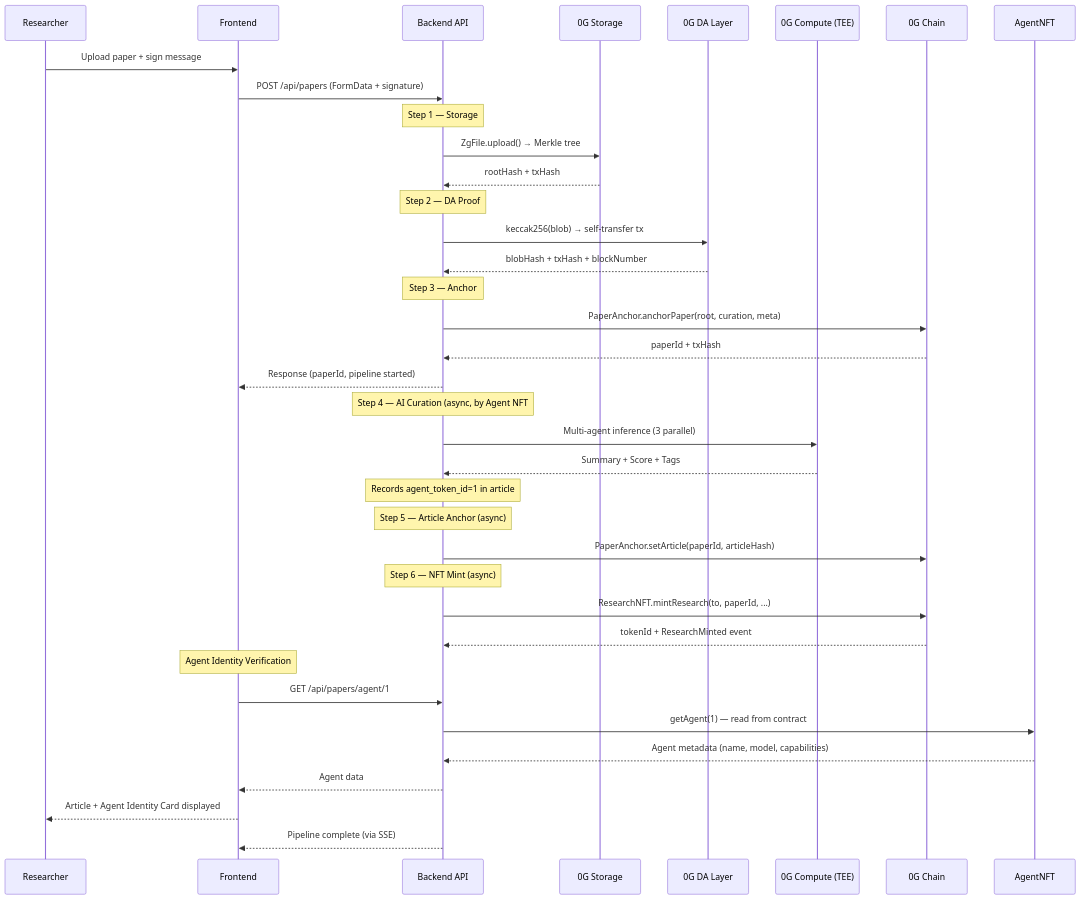
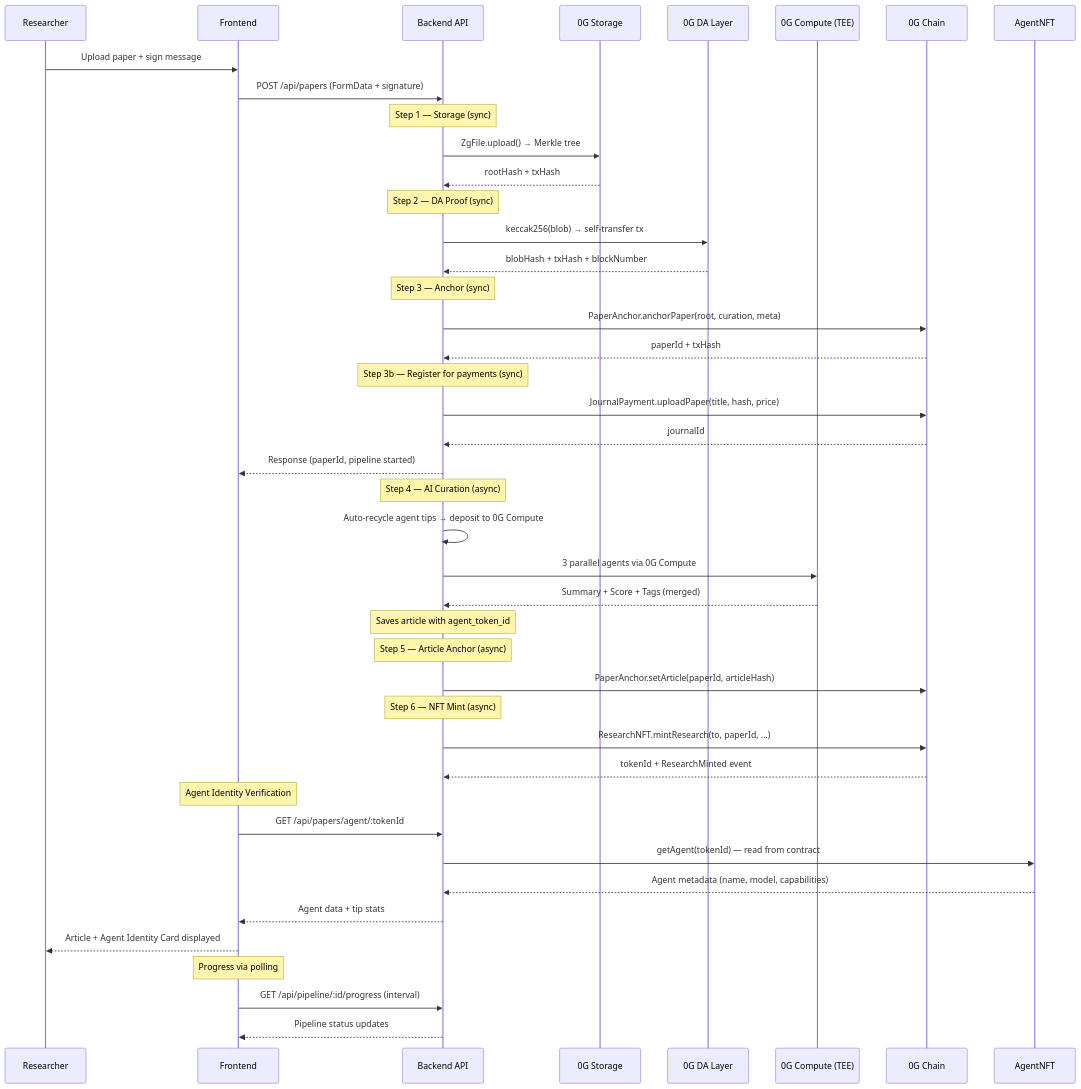
The second of 5 diagrams in README.md (dwlpra/rumah-peneliti), drawn with Mermaid before and after one commit. The commit also changed other lines of this file and 2 other files, not shown here.

First line of the commit message:
feat: agentic economy auto-recycle, README track 3 positioning, fix architecture diagrams

````diff
--- a/README.md
+++ b/README.md
@@ -202,48 +230,55 @@
 ```mermaid
 sequenceDiagram
     participant R as Researcher
     participant FE as Frontend
     participant BE as Backend API
     participant S as 0G Storage
     participant DA as 0G DA Layer
     participant C as 0G Compute (TEE)
     participant CH as 0G Chain
     participant AG as AgentNFT
 
     R->>FE: Upload paper + sign message
     FE->>BE: POST /api/papers (FormData + signature)
 
-    Note over BE: Step 1 — Storage
+    Note over BE: Step 1 — Storage (sync)
     BE->>S: ZgFile.upload() → Merkle tree
     S-->>BE: rootHash + txHash
 
-    Note over BE: Step 2 — DA Proof
+    Note over BE: Step 2 — DA Proof (sync)
     BE->>DA: keccak256(blob) → self-transfer tx
     DA-->>BE: blobHash + txHash + blockNumber
 
-    Note over BE: Step 3 — Anchor
+    Note over BE: Step 3 — Anchor (sync)
     BE->>CH: PaperAnchor.anchorPaper(root, curation, meta)
     CH-->>BE: paperId + txHash
+
+    Note over BE: Step 3b — Register for payments (sync)
+    BE->>CH: JournalPayment.uploadPaper(title, hash, price)
+    CH-->>BE: journalId
     BE-->>FE: Response (paperId, pipeline started)
 
-    Note over BE: Step 4 — AI Curation (async, by Agent NFT #1)
-    BE->>C: Multi-agent inference (3 parallel)
-    C-->>BE: Summary + Score + Tags
-    Note over BE: Records agent_token_id=1 in article
+    Note over BE: Step 4 — AI Curation (async)
+    BE->>BE: Auto-recycle agent tips → deposit to 0G Compute
+    BE->>C: 3 parallel agents via 0G Compute
+    C-->>BE: Summary + Score + Tags (merged)
+    Note over BE: Saves article with agent_token_id
 
     Note over BE: Step 5 — Article Anchor (async)
     BE->>CH: PaperAnchor.setArticle(paperId, articleHash)
 
     Note over BE: Step 6 — NFT Mint (async)
     BE->>CH: ResearchNFT.mintResearch(to, paperId, ...)
     CH-->>BE: tokenId + ResearchMinted event
 
     Note over FE: Agent Identity Verification
-    FE->>BE: GET /api/papers/agent/1
-    BE->>AG: getAgent(1) — read from contract
+    FE->>BE: GET /api/papers/agent/:tokenId
+    BE->>AG: getAgent(tokenId) — read from contract
     AG-->>BE: Agent metadata (name, model, capabilities)
-    BE-->>FE: Agent data
+    BE-->>FE: Agent data + tip stats
     FE-->>R: Article + Agent Identity Card displayed
 
-    BE-->>FE: Pipeline complete (via SSE)
+    Note over FE: Progress via polling
+    FE->>BE: GET /api/pipeline/:id/progress (interval)
+    BE-->>FE: Pipeline status updates
 ```
````
